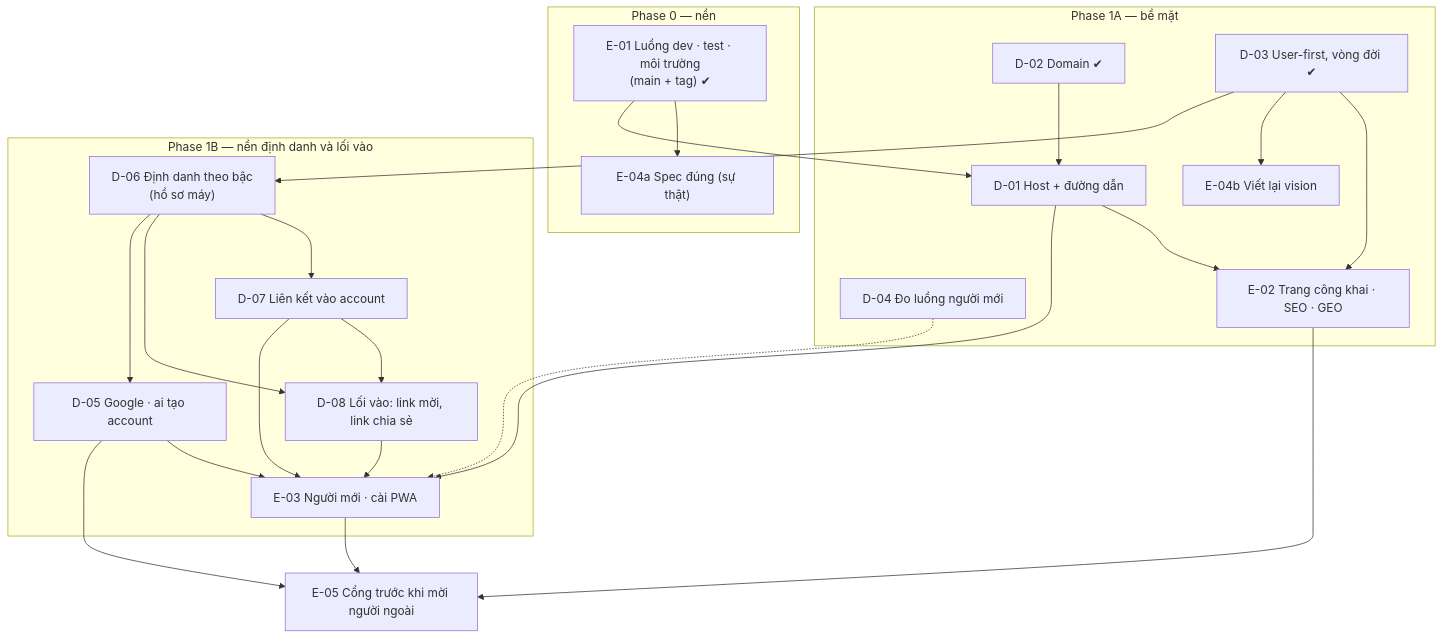
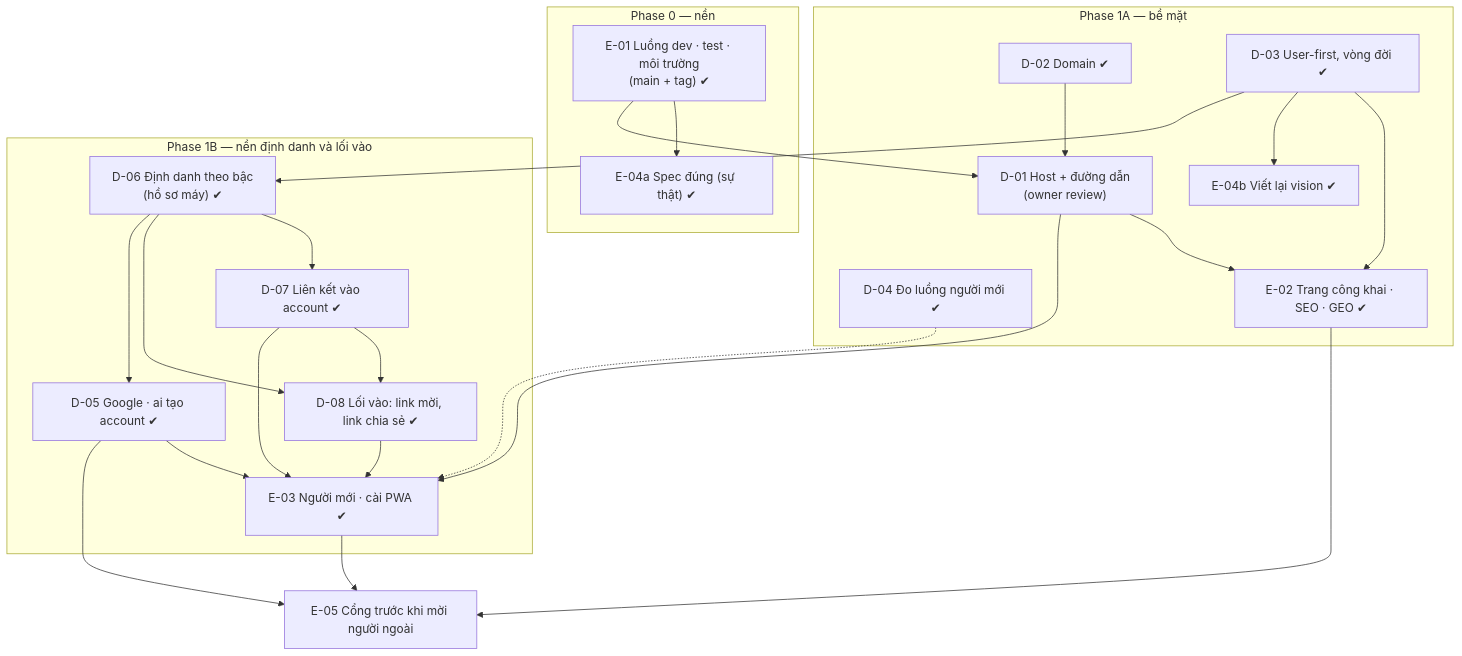
The diagram in plans/product-surface/map.md (vinh466/tohe-play), drawn with Mermaid before and after one commit. The commit also changed 13 other files, not shown here.

First line of the commit message:
plan(product-surface): owner accepts the proposals; D-01 v2 for review

````diff
--- a/plans/product-surface/map.md
+++ b/plans/product-surface/map.md
@@ -6,43 +6,43 @@
 ```mermaid
 flowchart TD
   subgraph P0 ["Phase 0 — nền"]
     E01["E-01 Luồng dev · test · môi trường<br/>(main + tag) ✔"]
-    E04a["E-04a Spec đúng (sự thật)"]
+    E04a["E-04a Spec đúng (sự thật) ✔"]
   end
   subgraph P1A ["Phase 1A — bề mặt"]
     D02["D-02 Domain ✔"]
     D03["D-03 User-first, vòng đời ✔"]
-    D01["D-01 Host + đường dẫn"]
-    D04["D-04 Đo luồng người mới"]
-    E02["E-02 Trang công khai · SEO · GEO"]
-    E04b["E-04b Viết lại vision"]
+    D01["D-01 Host + đường dẫn<br/>(owner review)"]
+    D04["D-04 Đo luồng người mới ✔"]
+    E02["E-02 Trang công khai · SEO · GEO ✔"]
+    E04b["E-04b Viết lại vision ✔"]
   end
   subgraph P1B ["Phase 1B — nền định danh và lối vào"]
-    D06["D-06 Định danh theo bậc<br/>(hồ sơ máy)"]
-    D07["D-07 Liên kết vào account"]
-    D08["D-08 Lối vào: link mời, link chia sẻ"]
-    D05["D-05 Google · ai tạo account"]
-    E03["E-03 Người mới · cài PWA"]
+    D06["D-06 Định danh theo bậc<br/>(hồ sơ máy) ✔"]
+    D07["D-07 Liên kết vào account ✔"]
+    D08["D-08 Lối vào: link mời, link chia sẻ ✔"]
+    D05["D-05 Google · ai tạo account ✔"]
+    E03["E-03 Người mới · cài PWA ✔"]
   end
   E05["E-05 Cổng trước khi mời người ngoài"]
 
   E01 --> E04a
   E01 --> D01
   D02 --> D01
   D01 --> E02
   D01 --> E03
   D03 --> E02
   D03 --> E04b
   D03 --> D06
   D06 --> D07
   D06 --> D08
   D07 --> D08
   D06 --> D05
   D05 --> E03
   D07 --> E03
   D08 --> E03
   D04 -.-> E03
   E02 --> E05
   E03 --> E05
   D05 --> E05
 ```
````
